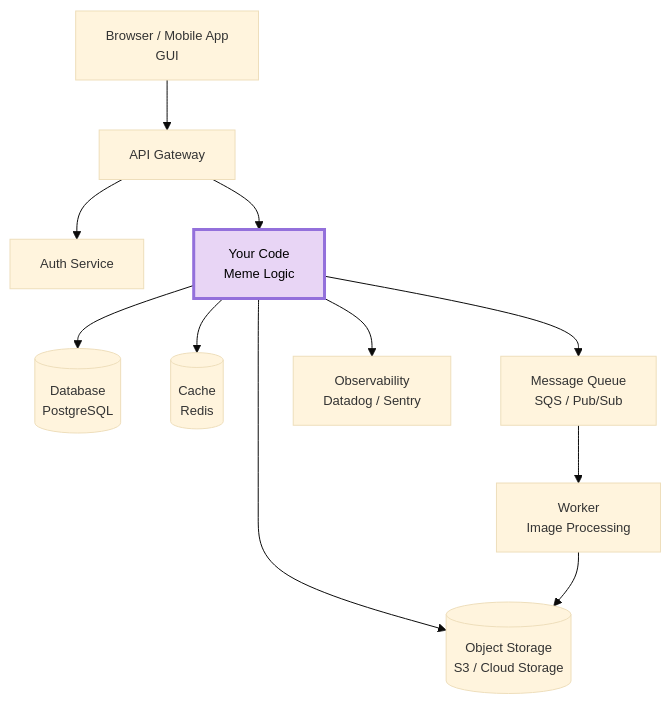
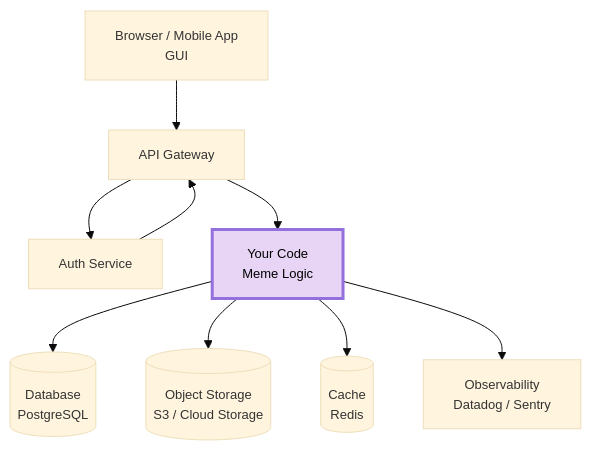
One commit to neu-pdi/cs3100-public-resources changed the diagram in lecture-slides-spertus/l21-serverless.mdx. Above: the diagram before and after it, drawn with Mermaid. The commit also changed other lines of this file, not shown here.

Commit message:
Make minor fixes

````diff
--- a/lecture-slides-spertus/l21-serverless.mdx
+++ b/lecture-slides-spertus/l21-serverless.mdx
@@ -914,16 +914,14 @@
 ```mermaid
 %%{init: {'theme': 'base', 'themeVariables': { 'fontSize': '13px' }}}%%
 flowchart TD
     U[Browser / Mobile App<br/>GUI] --> G[API Gateway]
     G --> A[Auth Service]
+    A --> G
     G --> F[Your Code<br/>Meme Logic]
     F --> DB[(Database<br/>PostgreSQL)]
     F --> S3[(Object Storage<br/>S3 / Cloud Storage)]
     F --> C[(Cache<br/>Redis)]
-    F --> Q[Message Queue<br/>SQS / Pub/Sub]
-    Q --> W[Worker<br/>Image Processing]
-    W --> S3
     F --> O[Observability<br/>Datadog / Sentry]
 
     style F fill:#e8d5f5,stroke:#9370DB,stroke-width:3px,color:#000
 ```
````
